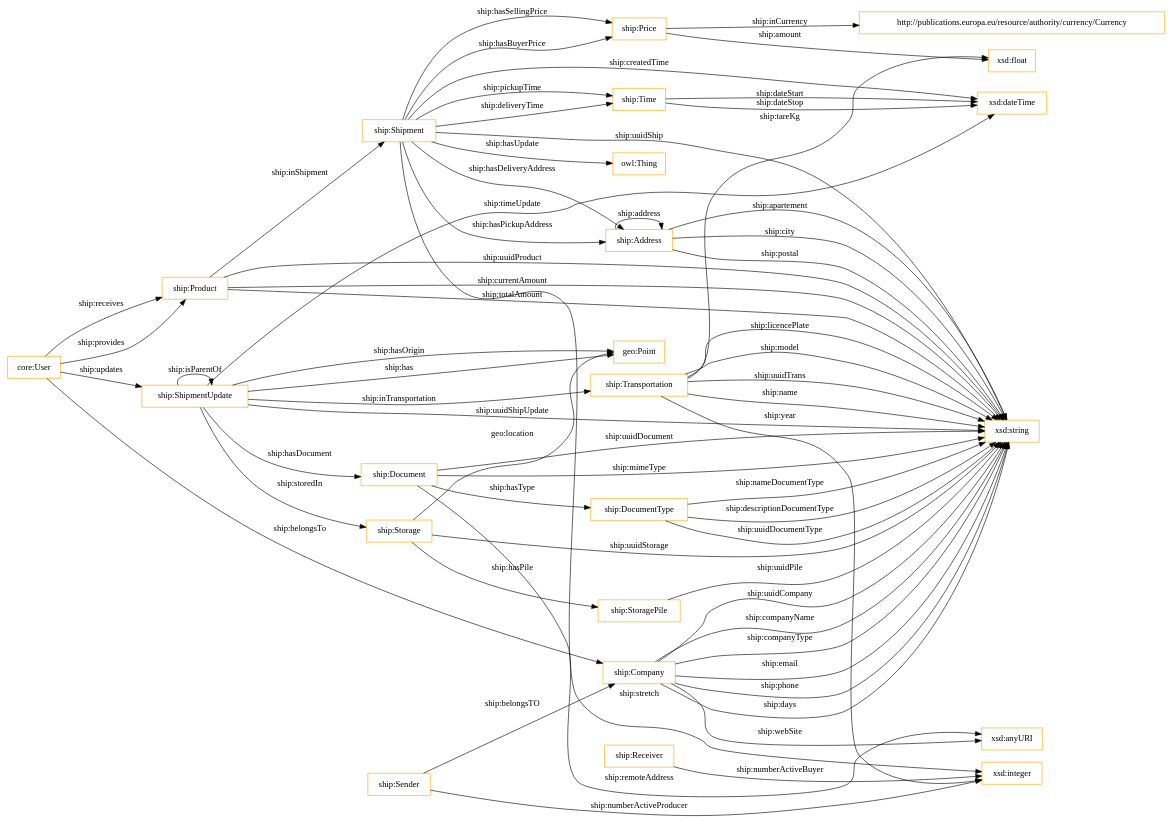
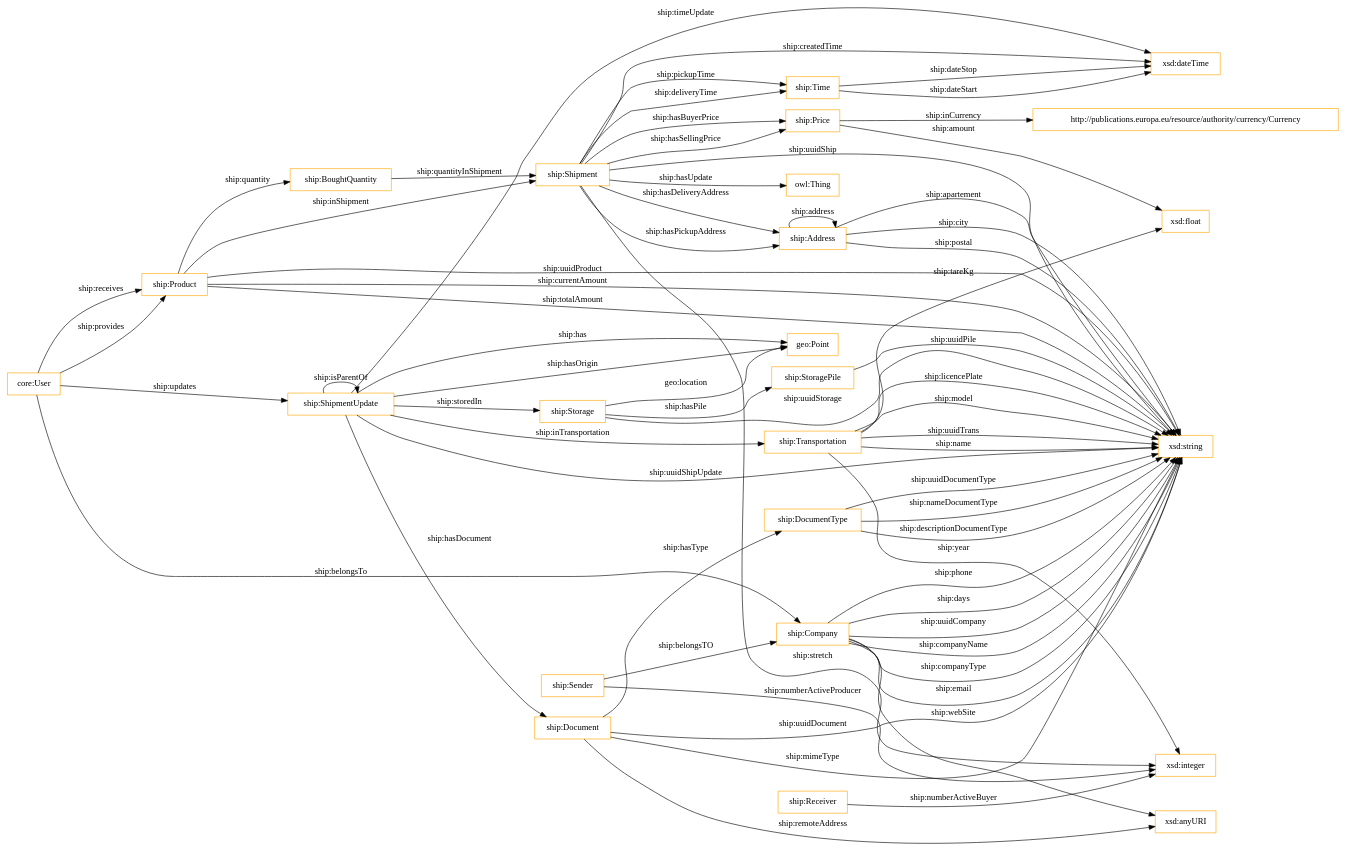
One commit to oeg-upm/auroral-shipmentBiomass-ontology changed the diagram in OnToology/ontology/shipment.ttl/diagrams/ar2dtool-class/shipment.ttl.png.dot. Above: the diagram before and after it, drawn with Graphviz. The commit also changed 9 other files, not shown here.

```diff
--- a/OnToology/ontology/shipment.ttl/diagrams/ar2dtool-class/shipment.ttl.png.dot
+++ b/OnToology/ontology/shipment.ttl/diagrams/ar2dtool-class/shipment.ttl.png.dot
@@ -1,67 +1,69 @@
 digraph ar2dtool_diagram { 
 rankdir=LR;
 size="1501"
-node [shape = rectangle, color="orange"]; "ship:Shipment" "ship:ShipmentUpdate" "ship:DocumentType" "ship:Address" "ship:Price" "core:User" "ship:Time" "http://publications.europa.eu/resource/authority/currency/Currency" "ship:Product" "ship:Document" "ship:Storage" "ship:StoragePile" "ship:Receiver" "ship:Transportation" "ship:Company" "geo:Point" "ship:Sender" ; /*classes style*/
+node [shape = rectangle, color="orange"]; "ship:Shipment" "ship:ShipmentUpdate" "ship:DocumentType" "ship:Address" "ship:Price" "core:User" "ship:Time" "http://publications.europa.eu/resource/authority/currency/Currency" "ship:Product" "ship:Document" "ship:BoughtQuantity" "ship:Storage" "ship:StoragePile" "ship:Receiver" "ship:Transportation" "ship:Company" "geo:Point" "ship:Sender" ; /*classes style*/
 	"ship:Time" -> "xsd:dateTime" [ label = "ship:dateStop" ];
 	"ship:ShipmentUpdate" -> "ship:Document" [ label = "ship:hasDocument" ];
 	"ship:Company" -> "xsd:string" [ label = "ship:companyType" ];
 	"ship:Company" -> "xsd:anyURI" [ label = "ship:webSite" ];
 	"ship:ShipmentUpdate" -> "geo:Point" [ label = "ship:has" ];
 	"ship:Shipment" -> "ship:Time" [ label = "ship:deliveryTime" ];
 	"ship:Sender" -> "ship:Company" [ label = "ship:belongsTO" ];
 	"ship:Address" -> "xsd:string" [ label = "ship:city" ];
 	"ship:Product" -> "ship:Shipment" [ label = "ship:inShipment" ];
 	"ship:Price" -> "xsd:float" [ label = "ship:amount" ];
 	"ship:Company" -> "xsd:string" [ label = "ship:email" ];
 	"core:User" -> "ship:ShipmentUpdate" [ label = "ship:updates" ];
 	"ship:Address" -> "ship:Address" [ label = "ship:address" ];
 	"ship:Time" -> "xsd:dateTime" [ label = "ship:dateStart" ];
 	"ship:DocumentType" -> "xsd:string" [ label = "ship:nameDocumentType" ];
 	"ship:Shipment" -> "ship:Price" [ label = "ship:hasSellingPrice" ];
 	"ship:Document" -> "ship:DocumentType" [ label = "ship:hasType" ];
 	"ship:Price" -> "http://publications.europa.eu/resource/authority/currency/Currency" [ label = "ship:inCurrency" ];
 	"ship:Transportation" -> "xsd:string" [ label = "ship:licencePlate" ];
 	"ship:Receiver" -> "xsd:integer" [ label = "ship:numberActiveBuyer" ];
 	"ship:Shipment" -> "xsd:integer" [ label = "ship:stretch" ];
 	"core:User" -> "ship:Company" [ label = "ship:belongsTo" ];
 	"ship:Shipment" -> "xsd:dateTime" [ label = "ship:createdTime" ];
 	"ship:Storage" -> "ship:StoragePile" [ label = "ship:hasPile" ];
 	"ship:Transportation" -> "xsd:string" [ label = "ship:model" ];
 	"ship:Shipment" -> "ship:Price" [ label = "ship:hasBuyerPrice" ];
 	"ship:Product" -> "xsd:string" [ label = "ship:uuidProduct" ];
 	"ship:Company" -> "xsd:string" [ label = "ship:phone" ];
 	"ship:Shipment" -> "owl:Thing" [ label = "ship:hasUpdate" ];
 	"ship:ShipmentUpdate" -> "xsd:string" [ label = "ship:uuidShipUpdate" ];
 	"ship:Company" -> "xsd:string" [ label = "ship:days" ];
 	"ship:Sender" -> "xsd:integer" [ label = "ship:numberActiveProducer" ];
 	"ship:Transportation" -> "xsd:integer" [ label = "ship:year" ];
 	"core:User" -> "ship:Product" [ label = "ship:receives" ];
 	"ship:Transportation" -> "xsd:string" [ label = "ship:uuidTrans" ];
 	"ship:Product" -> "xsd:string" [ label = "ship:currentAmount" ];
+	"ship:Product" -> "ship:BoughtQuantity" [ label = "ship:quantity" ];
 	"ship:Address" -> "xsd:string" [ label = "ship:postal" ];
 	"ship:Shipment" -> "ship:Time" [ label = "ship:pickupTime" ];
 	"ship:ShipmentUpdate" -> "xsd:dateTime" [ label = "ship:timeUpdate" ];
 	"ship:Shipment" -> "ship:Address" [ label = "ship:hasDeliveryAddress" ];
 	"ship:ShipmentUpdate" -> "ship:ShipmentUpdate" [ label = "ship:isParentOf" ];
 	"ship:StoragePile" -> "xsd:string" [ label = "ship:uuidPile" ];
 	"ship:Shipment" -> "ship:Address" [ label = "ship:hasPickupAddress" ];
 	"ship:Company" -> "xsd:string" [ label = "ship:uuidCompany" ];
 	"ship:Storage" -> "geo:Point" [ label = "geo:location" ];
+	"ship:BoughtQuantity" -> "ship:Shipment" [ label = "ship:quantityInShipment" ];
 	"ship:ShipmentUpdate" -> "ship:Storage" [ label = "ship:storedIn" ];
 	"ship:Shipment" -> "xsd:string" [ label = "ship:uuidShip" ];
 	"ship:Company" -> "xsd:string" [ label = "ship:companyName" ];
 	"ship:DocumentType" -> "xsd:string" [ label = "ship:descriptionDocumentType" ];
 	"ship:Document" -> "xsd:string" [ label = "ship:uuidDocument" ];
 	"ship:ShipmentUpdate" -> "ship:Transportation" [ label = "ship:inTransportation" ];
 	"ship:Document" -> "xsd:anyURI" [ label = "ship:remoteAddress" ];
 	"ship:Document" -> "xsd:string" [ label = "ship:mimeType" ];
 	"ship:Transportation" -> "xsd:float" [ label = "ship:tareKg" ];
 	"ship:ShipmentUpdate" -> "geo:Point" [ label = "ship:hasOrigin" ];
 	"ship:Transportation" -> "xsd:string" [ label = "ship:name" ];
 	"ship:Address" -> "xsd:string" [ label = "ship:apartement" ];
 	"ship:Storage" -> "xsd:string" [ label = "ship:uuidStorage" ];
 	"core:User" -> "ship:Product" [ label = "ship:provides" ];
 	"ship:Product" -> "xsd:string" [ label = "ship:totalAmount" ];
 	"ship:DocumentType" -> "xsd:string" [ label = "ship:uuidDocumentType" ];
 
 }
```
